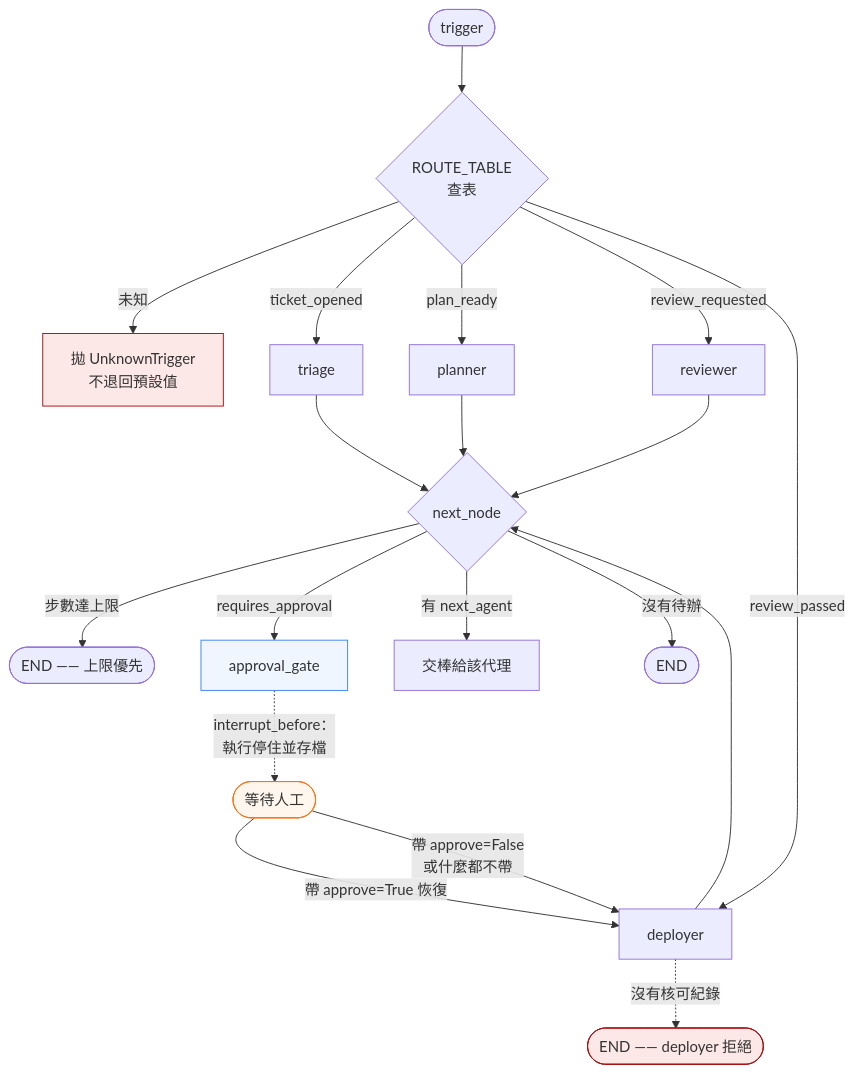
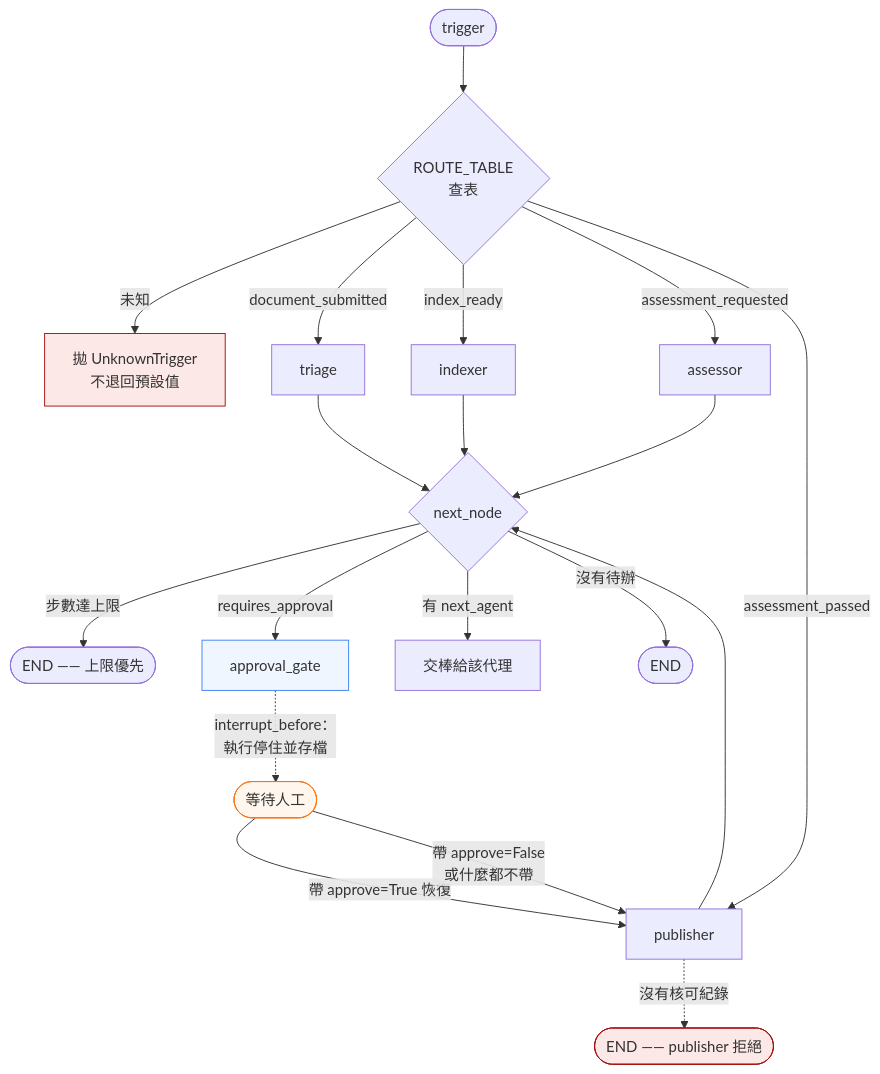
Before and after one commit to qaz1996001/agent-control-plane: the first of 4 diagrams in docs/design.zh-TW.md, drawn with Mermaid. The commit also changed other lines of this file and 7 other files, not shown here.

First line of the commit message:
docs: translate design, architecture and scope to the corpus-publishing domain

````diff
--- a/docs/design.zh-TW.md
+++ b/docs/design.zh-TW.md
@@ -13,29 +13,29 @@
 ```mermaid
 flowchart TD
     T(["trigger"]) --> R{"ROUTE_TABLE<br/>查表"}
     R -->|未知| X["拋 UnknownTrigger<br/>不退回預設值"]
-    R -->|ticket_opened| A["triage"]
-    R -->|plan_ready| B["planner"]
-    R -->|review_requested| C["reviewer"]
-    R -->|review_passed| D["deployer"]
+    R -->|document_submitted| A["triage"]
+    R -->|index_ready| B["indexer"]
+    R -->|assessment_requested| C["assessor"]
+    R -->|assessment_passed| D["publisher"]
 
     A --> N{"next_node"}
     B --> N
     C --> N
     D --> N
 
     N -->|"步數達上限"| E1(["END —— 上限優先"])
     N -->|"requires_approval"| G["approval_gate"]
     N -->|"有 next_agent"| L["交棒給該代理"]
     N -->|"沒有待辦"| E2(["END"])
 
     G -.->|"interrupt_before：<br/>執行停住並存檔"| H(["等待人工"])
     H -->|"帶 approve=True 恢復"| D
     H -->|"帶 approve=False<br/>或什麼都不帶"| D
-    D -.->|"沒有核可紀錄"| E3(["END —— deployer 拒絕"])
+    D -.->|"沒有核可紀錄"| E3(["END —— publisher 拒絕"])
 
     style X fill:#fce8e6,stroke:#a50e0e
     style H fill:#fff7ed,stroke:#f97316
     style E3 fill:#fce8e6,stroke:#a50e0e
     style G fill:#eff6ff,stroke:#3b82f6
 ```
````
